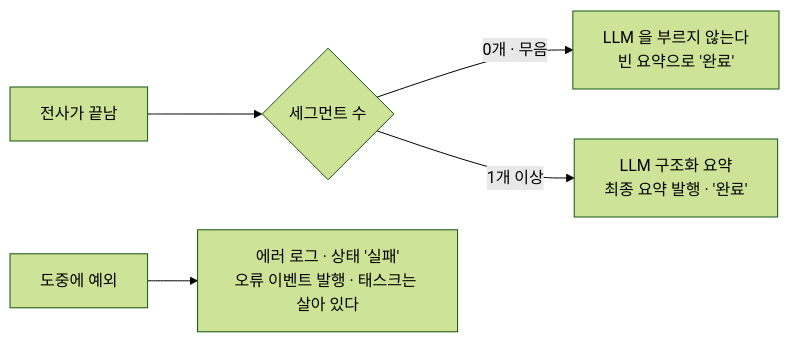
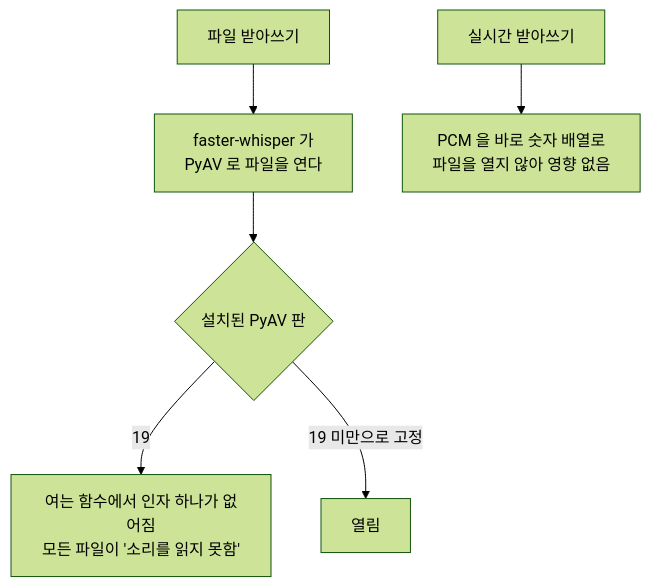
The diagram in src/content/features/stt/batch-transcription/diagram-4.mmd (06171002/06171002.github.io), drawn with Mermaid (forest theme) before and after one commit. The commit also changed 72 other files, not shown here.

```diff
--- a/src/content/features/stt/batch-transcription/diagram-4.mmd
+++ b/src/content/features/stt/batch-transcription/diagram-4.mmd
@@ -1,5 +1,6 @@
-flowchart LR
-    t["전사가 끝남"] --> n{"세그먼트 수"}
-    n -->|"0개 · 무음"| e["LLM 을 부르지 않는다<br/>빈 요약으로 '완료'"]
-    n -->|"1개 이상"| l["LLM 구조화 요약<br/>최종 요약 발행 · '완료'"]
-    x["도중에 예외"] --> err["에러 로그 · 상태 '실패'<br/>오류 이벤트 발행 · 태스크는 살아 있다"]
+flowchart TD
+    up["파일 받아쓰기"] --> fw["faster-whisper 가<br/>PyAV 로 파일을 연다"]
+    fw --> v{"설치된 PyAV 판"}
+    v -->|"19"| x["여는 함수에서 인자 하나가 없어짐<br/>모든 파일이 '소리를 읽지 못함'"]
+    v -->|"19 미만으로 고정"| ok["열림"]
+    live["실시간 받아쓰기"] --> pcm["PCM 을 바로 숫자 배열로<br/>파일을 열지 않아 영향 없음"]
```
